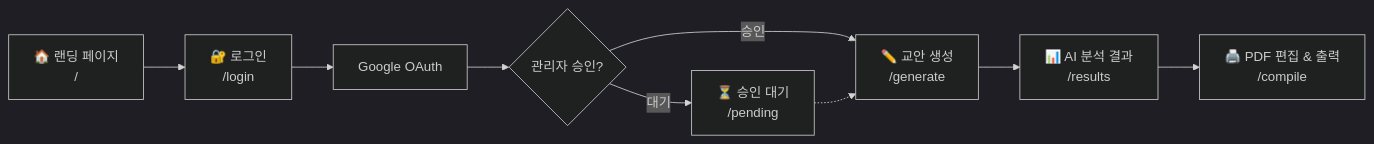
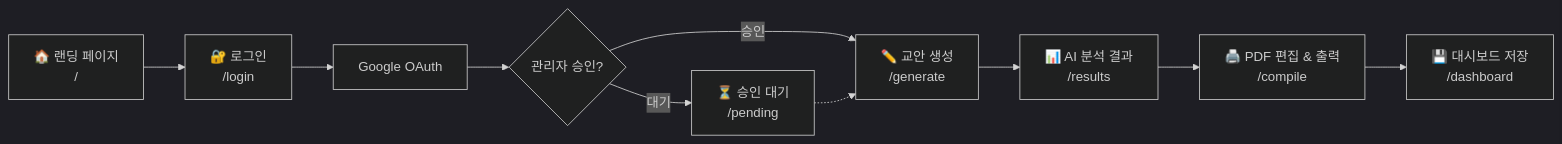
Before and after one commit to p-changki/GyoanMaker: the diagram in README.md, drawn with Mermaid (dark theme). The commit also changed other lines of this file, not shown here.

````diff
--- a/README.md
+++ b/README.md
@@ -132,11 +151,12 @@
 ```mermaid
 flowchart LR
     A["🏠 랜딩 페이지\n/"] --> B["🔐 로그인\n/login"]
     B --> C["Google OAuth"]
     C --> D{"관리자 승인?"}
     D -- 대기 --> E["⏳ 승인 대기\n/pending"]
     D -- 승인 --> F["✏️ 교안 생성\n/generate"]
     E -.-> F
     F --> G["📊 AI 분석 결과\n/results"]
     G --> H["🖨️ PDF 편집 & 출력\n/compile"]
+    H --> I["💾 대시보드 저장\n/dashboard"]
 ```
````
